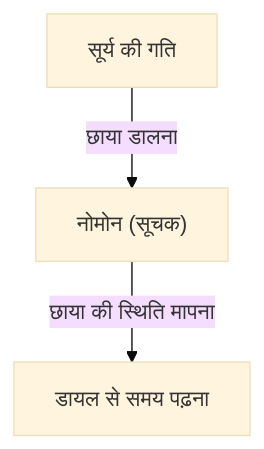
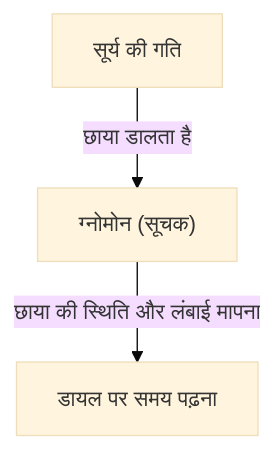
The first of 3 diagrams in content/post/history-of-timekeeping-technology/index.hi.md (kenjinote/blog), drawn with Mermaid (base theme) before and after one commit. The commit also changed other lines of this file and 129 other files, not shown here.

````diff
--- a/content/post/history-of-timekeeping-technology/index.hi.md
+++ b/content/post/history-of-timekeeping-technology/index.hi.md
@@ -19,5 +22,5 @@
 ```mermaid
 graph TD
-    A["सूर्य की गति"] -- "छाया डालना" --> B["नोमोन (सूचक)"]
-    B -- "छाया की स्थिति मापना" --> C["डायल से समय पढ़ना"]
+    A["सूर्य की गति"] -- "छाया डालता है" --> B["ग्नोमोन (सूचक)"]
+    B -- "छाया की स्थिति और लंबाई मापना" --> C["डायल पर समय पढ़ना"]
 ```
````
